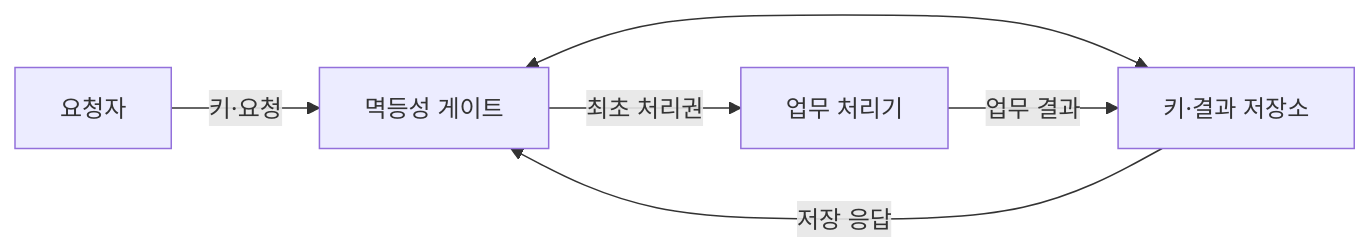
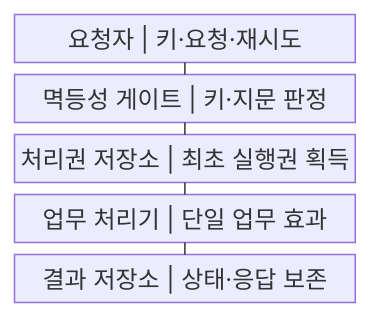
One commit to agnusdei1207/knowledge-base changed the first of 2 diagrams in src/content/docs/notes/03-software/201_idempotency_design.md. Above: the diagram before and after it, drawn with Mermaid. The commit also changed other lines of this file and 20 other files, not shown here.

````diff
--- a/src/content/docs/notes/03-software/201_idempotency_design.md
+++ b/src/content/docs/notes/03-software/201_idempotency_design.md
@@ -57,8 +56,13 @@
 ```mermaid
-flowchart LR
-    C["요청자"] -->|키·요청| G["멱등성 게이트"]
-    G -->|최초 처리권| B["업무 처리기"]
-    G <--> S["키·결과 저장소"]
-    B -->|업무 결과| S
-    S -->|저장 응답| G
+block
+    columns 1
+    A["요청자 | 키·요청·재시도"]
+    B["멱등성 게이트 | 키·지문 판정"]
+    C["처리권 저장소 | 최초 실행권 획득"]
+    D["업무 처리기 | 단일 업무 효과"]
+    E["결과 저장소 | 상태·응답 보존"]
+    A --- B
+    B --- C
+    C --- D
+    D --- E
 ```
````
